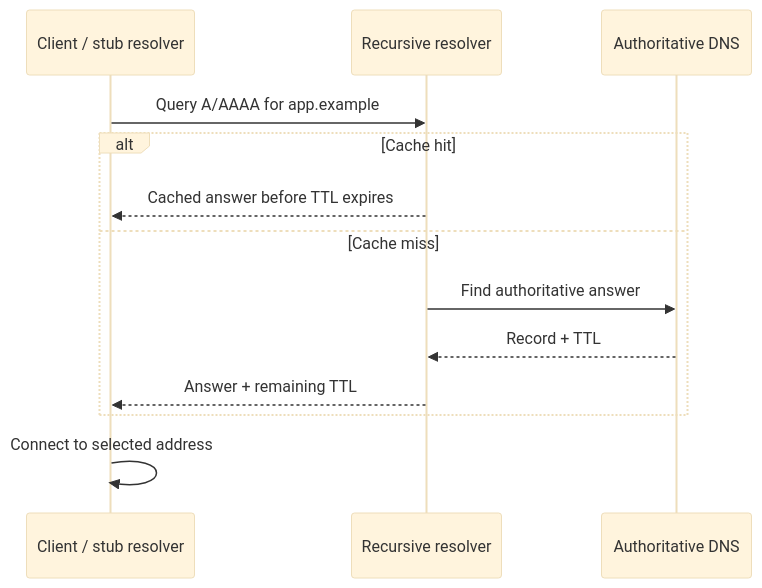
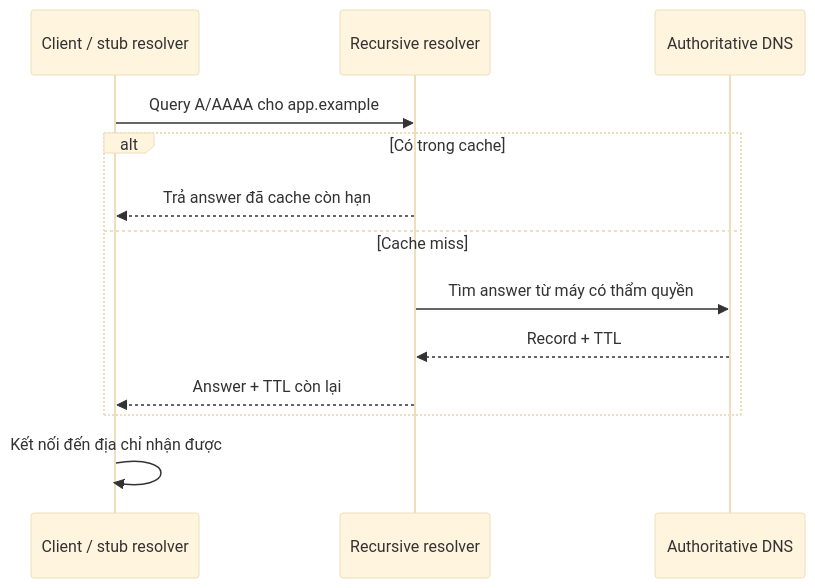
Before and after one commit to kittenwarrior-qb/svuit-class: the first of 2 diagrams in IE101-co-so-ha-tang-cntt/notes/03-infrastructure-services.md, drawn with Mermaid (base theme). The commit also changed other lines of this file and 8 other files, not shown here.

````diff
--- a/IE101-co-so-ha-tang-cntt/notes/03-infrastructure-services.md
+++ b/IE101-co-so-ha-tang-cntt/notes/03-infrastructure-services.md
@@ -20,15 +20,15 @@
 ```mermaid
 sequenceDiagram
   participant C as Client / stub resolver
   participant R as Recursive resolver
   participant A as Authoritative DNS
-  C->>R: Query A/AAAA for app.example
-  alt Cache hit
-    R-->>C: Cached answer before TTL expires
+  C->>R: Query A/AAAA cho app.example
+  alt Có trong cache
+    R-->>C: Trả answer đã cache còn hạn
   else Cache miss
-    R->>A: Find authoritative answer
+    R->>A: Tìm answer từ máy có thẩm quyền
     A-->>R: Record + TTL
-    R-->>C: Answer + remaining TTL
+    R-->>C: Answer + TTL còn lại
   end
-  C->>C: Connect to selected address
+  C->>C: Kết nối đến địa chỉ nhận được
 ```
````
